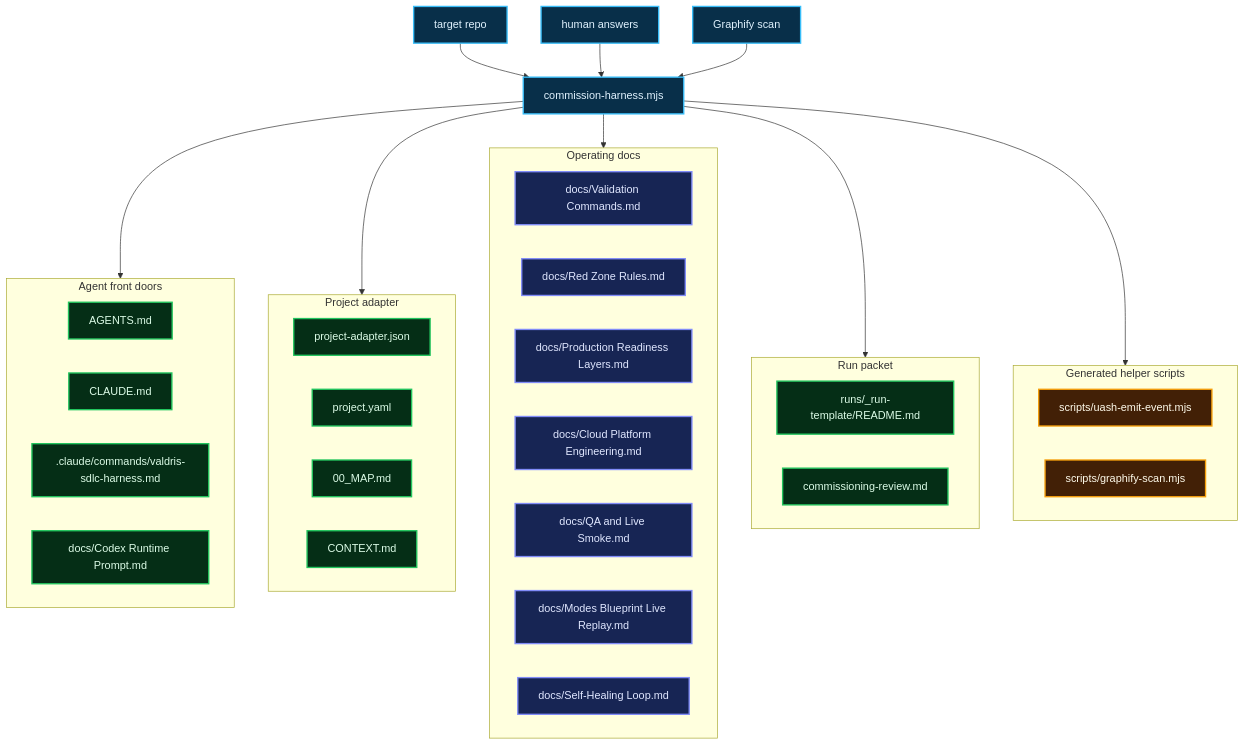
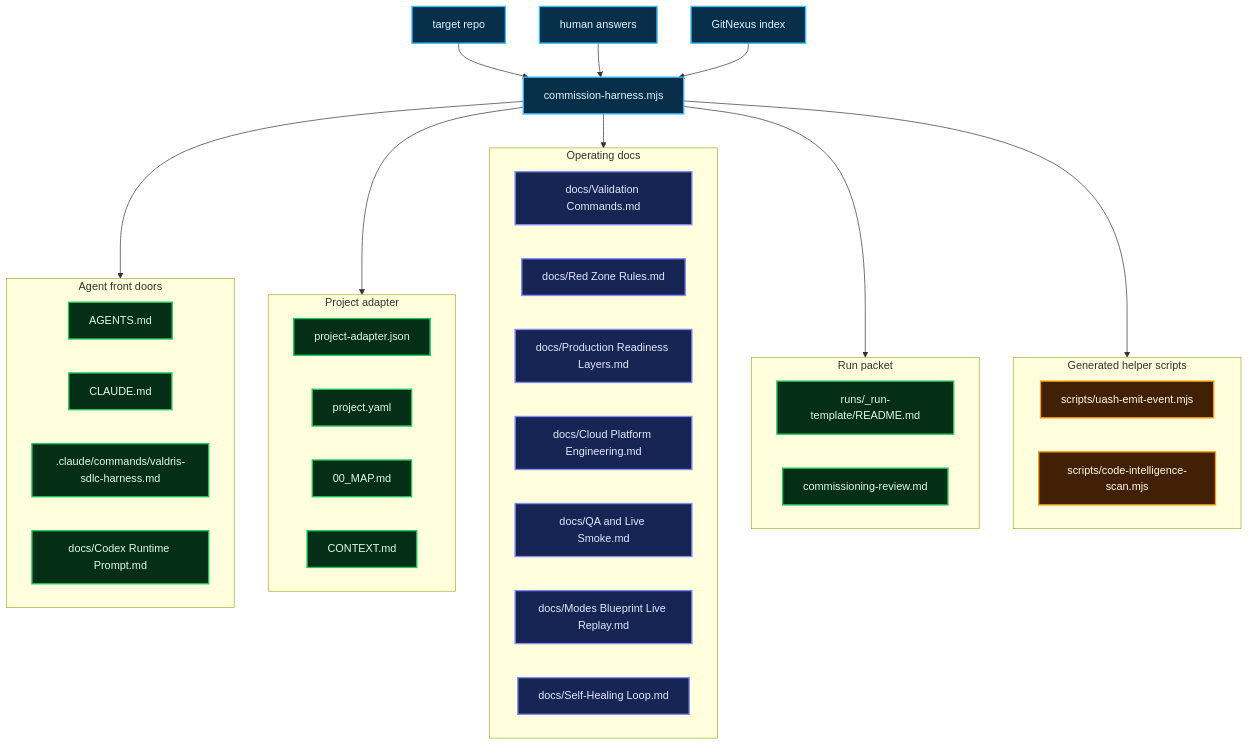
Before and after one commit to nickcarmonadigital/valdris-sdlc-harness: the sixth of 6 diagrams in docs/REPO_MERMAID_MAPS.md, drawn with Mermaid. The commit also changed other lines of this file and 35 other files, not shown here.

Commit message:
feat: wire GitNexus code intelligence into harness flow

````diff
--- a/docs/REPO_MERMAID_MAPS.md
+++ b/docs/REPO_MERMAID_MAPS.md
@@ -394,56 +395,56 @@
 ```mermaid
 flowchart TB
   classDef input fill:#082f49,stroke:#38bdf8,color:#e0f2fe,stroke-width:2px
   classDef generated fill:#052e16,stroke:#22c55e,color:#dcfce7,stroke-width:2px
   classDef docs fill:#172554,stroke:#818cf8,color:#e0e7ff,stroke-width:2px
   classDef script fill:#422006,stroke:#f59e0b,color:#fffbeb,stroke-width:2px
 
   REPO["target repo"] --> COMMISSION["commission-harness.mjs"]
   ANSWERS["human answers"] --> COMMISSION
-  GRAPH["Graphify scan"] --> COMMISSION
+  GRAPH["GitNexus index"] --> COMMISSION
 
   subgraph FRONT["Agent front doors"]
     A["AGENTS.md"]
     C["CLAUDE.md"]
     SLASH[".claude/commands/valdris-sdlc-harness.md"]
     CODEX["docs/Codex Runtime Prompt.md"]
   end
 
   subgraph CONFIG["Project adapter"]
     ADAPTER["project-adapter.json"]
     YAML["project.yaml"]
     MAP["00_MAP.md"]
     CONTEXT["CONTEXT.md"]
   end
 
   subgraph OPERATING_DOCS["Operating docs"]
     VALIDATION["docs/Validation Commands.md"]
     REDZONE["docs/Red Zone Rules.md"]
     PROD["docs/Production Readiness Layers.md"]
     CLOUD["docs/Cloud Platform Engineering.md"]
     QA["docs/QA and Live Smoke.md"]
     MODES["docs/Modes Blueprint Live Replay.md"]
     SELF["docs/Self-Healing Loop.md"]
   end
 
   subgraph RUNPACK["Run packet"]
     TEMPLATE["runs/_run-template/README.md"]
     REVIEW["commissioning-review.md"]
   end
 
   subgraph GENERATED_SCRIPTS["Generated helper scripts"]
     EMITTER["scripts/uash-emit-event.mjs"]
-    GSCAN["scripts/graphify-scan.mjs"]
+    GSCAN["scripts/code-intelligence-scan.mjs"]
   end
 
   COMMISSION --> FRONT
   COMMISSION --> CONFIG
   COMMISSION --> OPERATING_DOCS
   COMMISSION --> RUNPACK
   COMMISSION --> GENERATED_SCRIPTS
 
   class REPO,ANSWERS,GRAPH,COMMISSION input
   class A,C,SLASH,CODEX,ADAPTER,YAML,MAP,CONTEXT,TEMPLATE,REVIEW generated
   class VALIDATION,REDZONE,PROD,CLOUD,QA,MODES,SELF docs
   class EMITTER,GSCAN script
 ```
````
